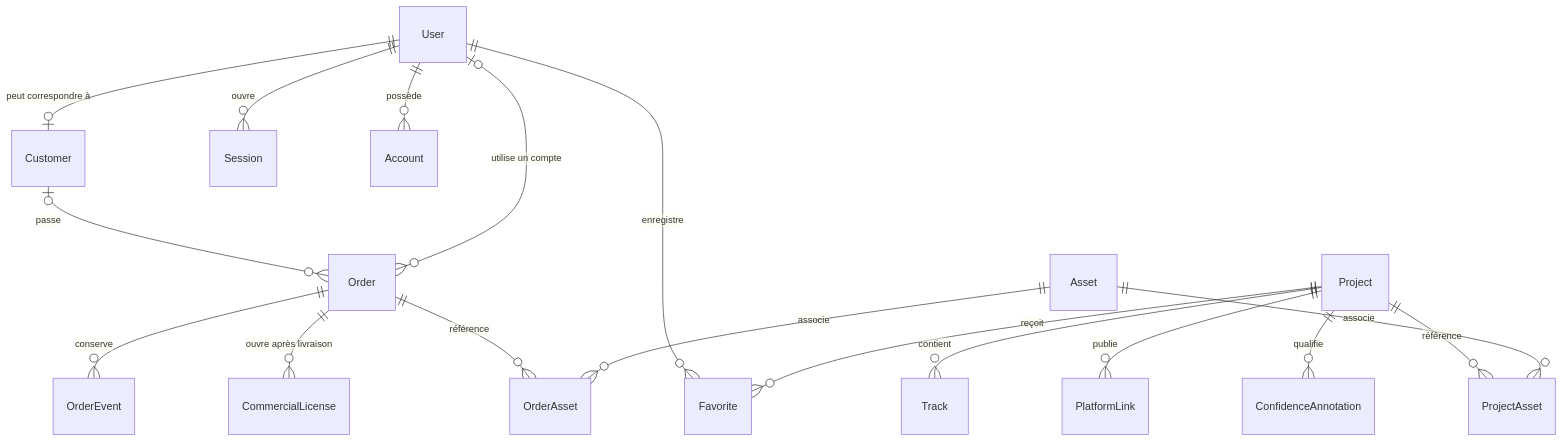
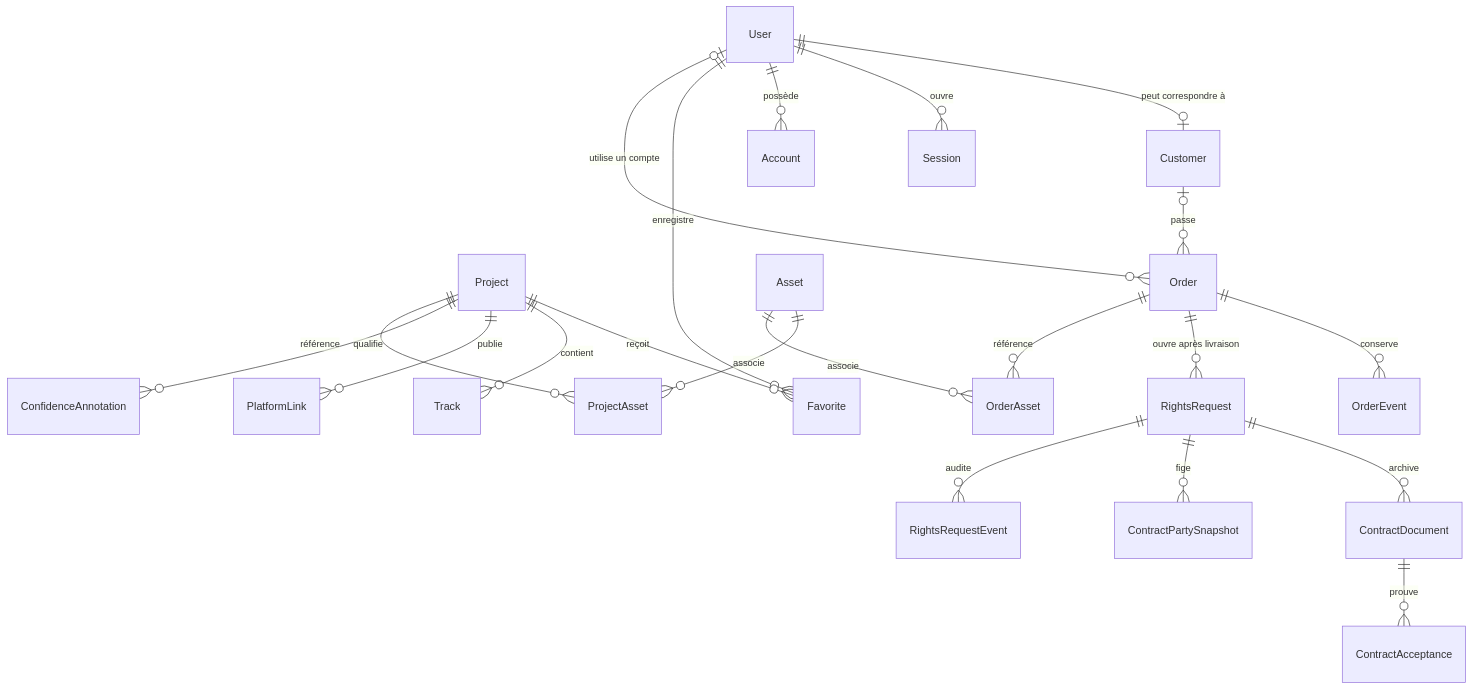
The diagram in docs/DATA_MODEL.md (LNXBeats/lnxbeats-site), drawn with Mermaid before and after one commit. The commit also changed other lines of this file and 85 other files, not shown here.

````diff
--- a/docs/DATA_MODEL.md
+++ b/docs/DATA_MODEL.md
@@ -11,19 +11,23 @@
 ```mermaid
 erDiagram
   User ||--o| Customer : "peut correspondre à"
   User ||--o{ Session : ouvre
   User ||--o{ Account : possède
   User ||--o{ Favorite : enregistre
   Project ||--o{ Favorite : reçoit
   Customer o|--o{ Order : passe
   User o|--o{ Order : "utilise un compte"
   Order ||--o{ OrderEvent : conserve
-  Order ||--o{ CommercialLicense : "ouvre après livraison"
+  Order ||--o{ RightsRequest : "ouvre après livraison"
+  RightsRequest ||--o{ ContractDocument : archive
+  RightsRequest ||--o{ ContractPartySnapshot : fige
+  RightsRequest ||--o{ RightsRequestEvent : audite
+  ContractDocument ||--o{ ContractAcceptance : prouve
   Project ||--o{ Track : contient
   Project ||--o{ PlatformLink : publie
   Project ||--o{ ConfidenceAnnotation : qualifie
   Project ||--o{ ProjectAsset : référence
   Asset ||--o{ ProjectAsset : associe
   Order ||--o{ OrderAsset : référence
   Asset ||--o{ OrderAsset : associe
 ```
````
